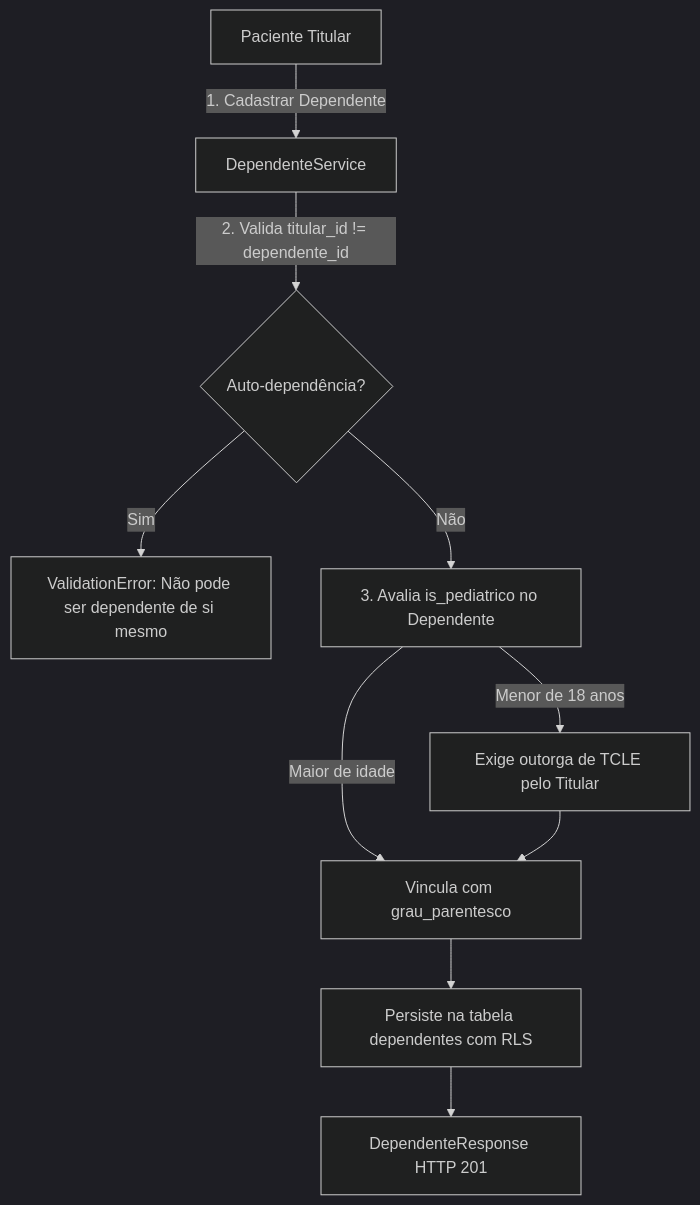
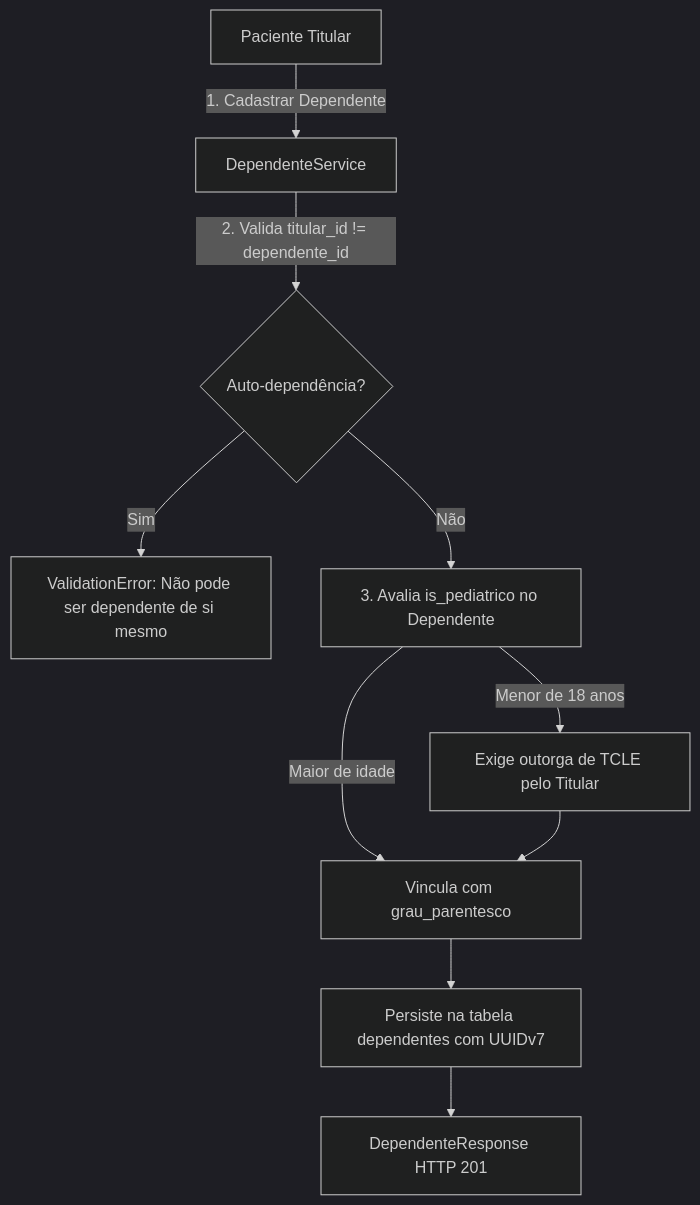
One commit to Rafaelp122/medisync changed the second of 2 diagrams in docs/explanation/domains/identity-domain.md. Above: the diagram before and after it, drawn with Mermaid (dark theme). The commit also changed other lines of this file and 400 other files, not shown here.

````diff
--- a/docs/explanation/domains/identity-domain.md
+++ b/docs/explanation/domains/identity-domain.md
@@ -53,12 +53,12 @@
 ```mermaid
 flowchart TD
     Titular[Paciente Titular] -->|1. Cadastrar Dependente| Service[DependenteService]
     Service -->|2. Valida titular_id != dependente_id| CheckSelf{Auto-dependência?}
     CheckSelf -->|Sim| ErrSelf[ValidationError: Não pode ser dependente de si mesmo]
     CheckSelf -->|Não| CheckPed[3. Avalia is_pediatrico no Dependente]
     CheckPed -->|Menor de 18 anos| LegalRep[Exige outorga de TCLE pelo Titular]
     CheckPed -->|Maior de idade| Vinculo[Vincula com grau_parentesco]
     LegalRep --> Vinculo
-    Vinculo --> Persist[Persiste na tabela dependentes com RLS]
+    Vinculo --> Persist[Persiste na tabela dependentes com UUIDv7]
     Persist --> Resposta[DependenteResponse HTTP 201]
 ```
````
